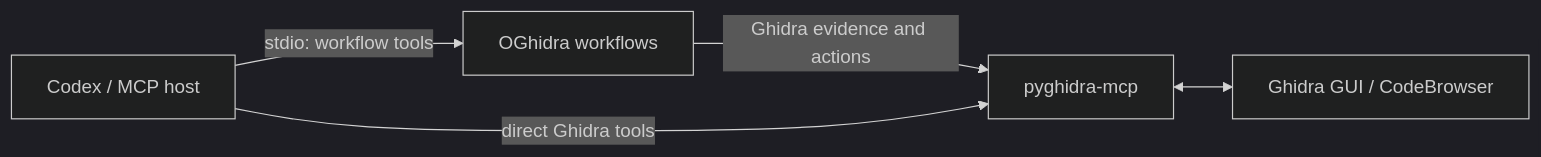
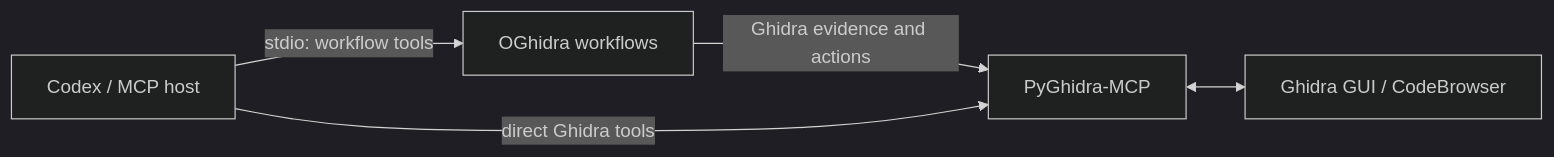
One commit to llnl/OGhidra changed the diagram in README.md. Above: the diagram before and after it, drawn with Mermaid (dark theme). The commit also changed other lines of this file and 17 other files, not shown here.

````diff
--- a/README.md
+++ b/README.md
@@ -27,7 +254,7 @@
 ```mermaid
 flowchart LR
     Host["Codex / MCP host"] -->|"stdio: workflow tools"| OG["OGhidra workflows"]
-    OG -->|"Ghidra evidence and actions"| Py["pyghidra-mcp"]
+    OG -->|"Ghidra evidence and actions"| Py["PyGhidra-MCP"]
     Host -->|"direct Ghidra tools"| Py
     Py <--> GUI["Ghidra GUI / CodeBrowser"]
 ```
````
